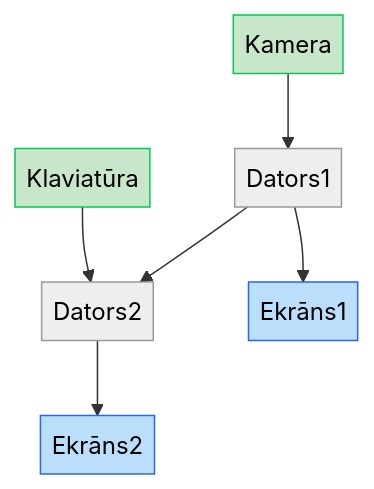
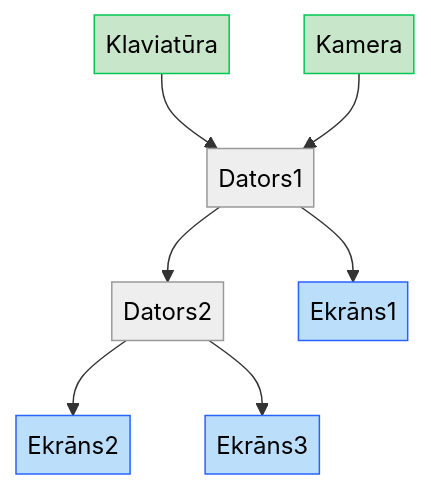
The diagram in README.md (jlazovskis/zinatnieku-nakts-2026), drawn with Mermaid before and after one commit. The commit also changed other lines of this file, not shown here.

Commit message:
skaidrojums

````diff
--- a/README.md
+++ b/README.md
@@ -7,29 +9,32 @@
 ```mermaid
 ---
 config:
   layout: fixed
 ---
 flowchart TB
-    n3["Kamera"] --> n1["Dators1"]
-    n1 --> n2["Dators2"] & n5["Ekrāns1"]
-    n2 --> n4["Ekrāns2"]
-    n6["Klaviatūra"] --> n2
+    n1["Dators1"] --> n2["Dators2"] & n5["Ekrāns1"]
+    n2 --> n4["Ekrāns2"] & n7["Ekrāns3"]
+    n6["Klaviatūra"] --> n1
+    n3["Kamera"] --> n1
 
-    n3@{ shape: text}
     n1@{ shape: text}
     n2@{ shape: text}
     n5@{ shape: text}
     n4@{ shape: text}
+    n7@{ shape: text}
     n6@{ shape: text}
-     n3:::Ash
+    n3@{ shape: text}
      n1:::Ash
      n2:::Ash
      n5:::Ash
      n4:::Ash
+     n7:::Ash
      n6:::Ash
+     n3:::Ash
     classDef Ash stroke-width:1px, stroke-dasharray:none, stroke:#999999, fill:#EEEEEE, color:#000000
-    style n3 fill:#C8E6C9,stroke:#00C853
     style n5 fill:#BBDEFB,stroke:#2962FF
     style n4 fill:#BBDEFB,stroke:#2962FF
+    style n7 fill:#BBDEFB,stroke:#2962FF
     style n6 fill:#C8E6C9,stroke:#00C853
+    style n3 fill:#C8E6C9,stroke:#00C853
 ```
````
